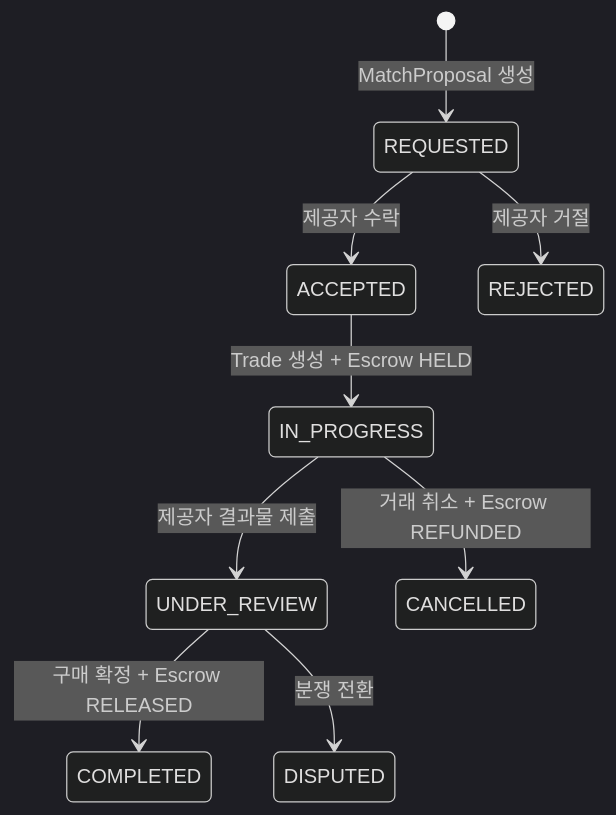
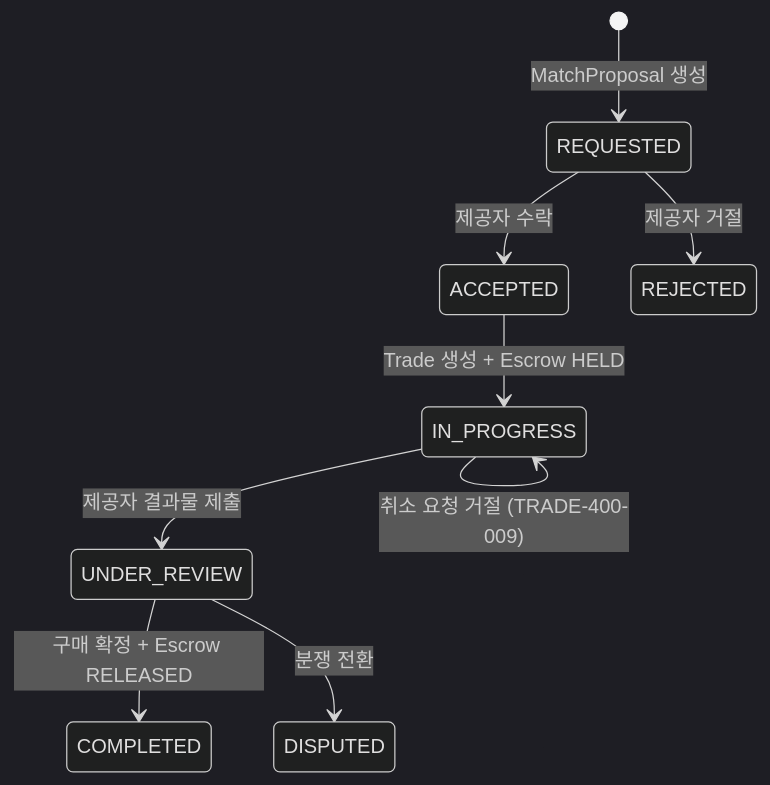
The third of 3 diagrams in docs/final/architecture/match-proposal-accept-flow.md (prgrms-be-devcourse/NBE9-11-final-Team03), drawn with Mermaid (dark theme) before and after one commit. The commit also changed other lines of this file and 20 other files, not shown here.

````diff
--- a/docs/final/architecture/match-proposal-accept-flow.md
+++ b/docs/final/architecture/match-proposal-accept-flow.md
@@ -175,12 +175,12 @@
 ```mermaid
 stateDiagram-v2
     [*] --> REQUESTED: MatchProposal 생성
     REQUESTED --> ACCEPTED: 제공자 수락
     REQUESTED --> REJECTED: 제공자 거절
 
     ACCEPTED --> IN_PROGRESS: Trade 생성 + Escrow HELD
     IN_PROGRESS --> UNDER_REVIEW: 제공자 결과물 제출
-    IN_PROGRESS --> CANCELLED: 거래 취소 + Escrow REFUNDED
+    IN_PROGRESS --> IN_PROGRESS: 취소 요청 거절 (TRADE-400-009)
     UNDER_REVIEW --> COMPLETED: 구매 확정 + Escrow RELEASED
     UNDER_REVIEW --> DISPUTED: 분쟁 전환
 ```
````
